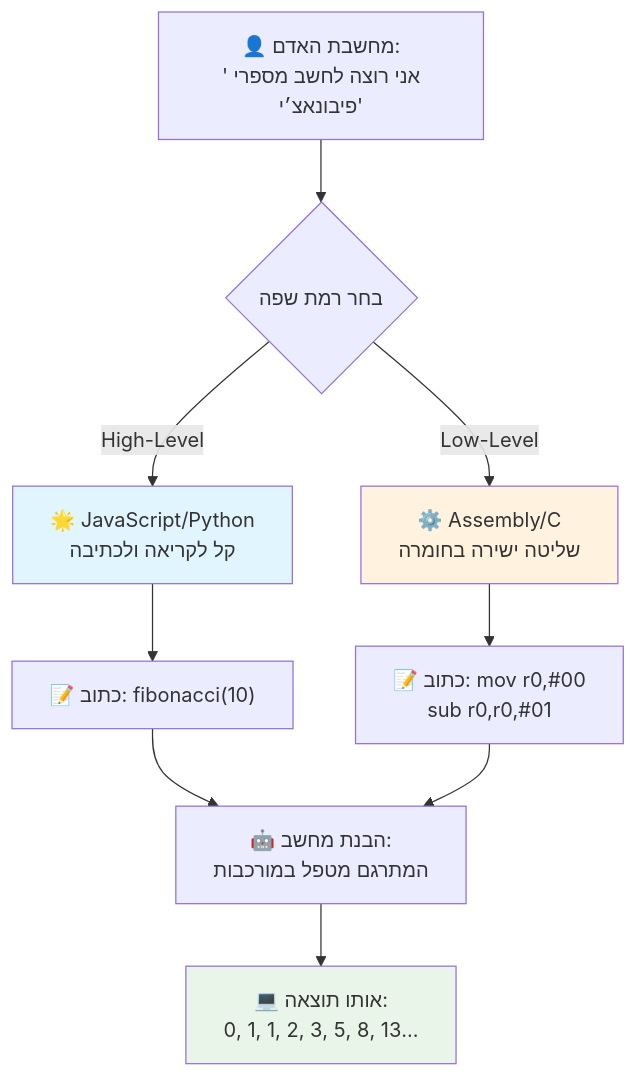
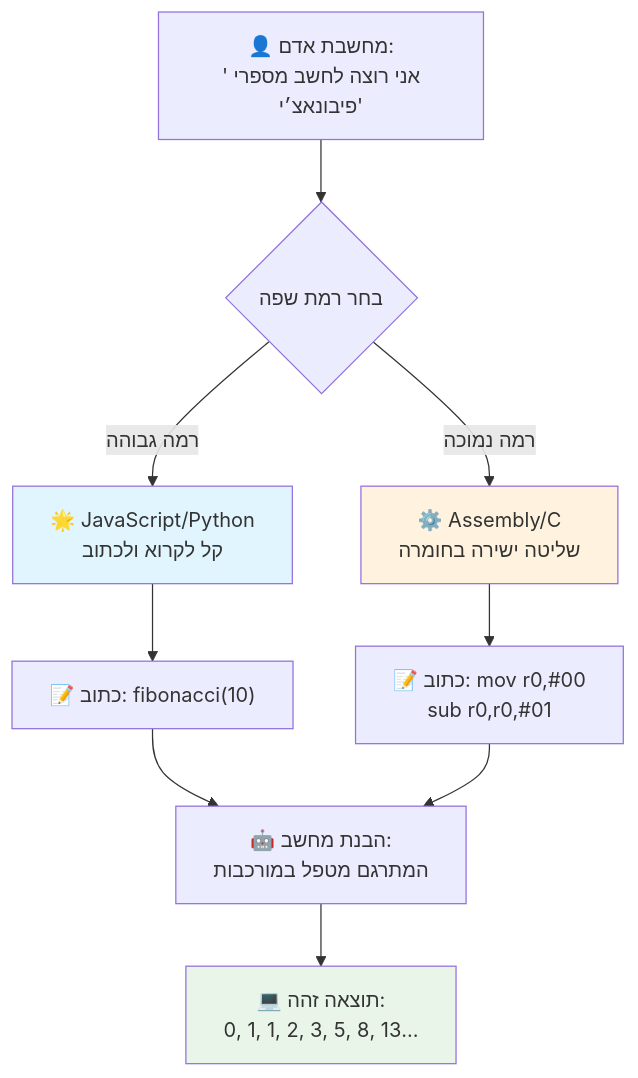
One commit to microsoft/Web-Dev-For-Beginners changed the third of 7 diagrams in translations/he/1-getting-started-lessons/1-intro-to-programming-languages/README.md. Above: the diagram before and after it, drawn with Mermaid. The commit also changed other lines of this file and 8 other files, not shown here.

````diff
--- a/translations/he/1-getting-started-lessons/1-intro-to-programming-languages/README.md
+++ b/translations/he/1-getting-started-lessons/1-intro-to-programming-languages/README.md
@@ -148,19 +148,19 @@
 ```mermaid
 flowchart TB
-    A["👤 מחשבת האדם:<br/>'אני רוצה לחשב מספרי פיבונאצ׳י'"] --> B{בחר רמת שפה}
+    A["👤 מחשבת אדם:<br/>'אני רוצה לחשב מספרי פיבונאצ׳י'"] --> B{בחר רמת שפה}
     
-    B -->|High-Level| C["🌟 JavaScript/Python<br/>קל לקריאה ולכתיבה"]
-    B -->|Low-Level| D["⚙️ Assembly/C<br/>שליטה ישירה בחומרה"]
+    B -->|רמה גבוהה| C["🌟 JavaScript/Python<br/>קל לקרוא ולכתוב"]
+    B -->|רמה נמוכה| D["⚙️ Assembly/C<br/>שליטה ישירה בחומרה"]
     
     C --> E["📝 כתוב: fibonacci(10)"]
     D --> F["📝 כתוב: mov r0,#00<br/>sub r0,r0,#01"]
     
     E --> G["🤖 הבנת מחשב:<br/>המתרגם מטפל במורכבות"]
     F --> G
     
-    G --> H["💻 אותו תוצאה:<br/>0, 1, 1, 2, 3, 5, 8, 13..."]
+    G --> H["💻 תוצאה זהה:<br/>0, 1, 1, 2, 3, 5, 8, 13..."]
     
     style C fill:#e1f5fe
     style D fill:#fff3e0
     style H fill:#e8f5e8
 ```
````
